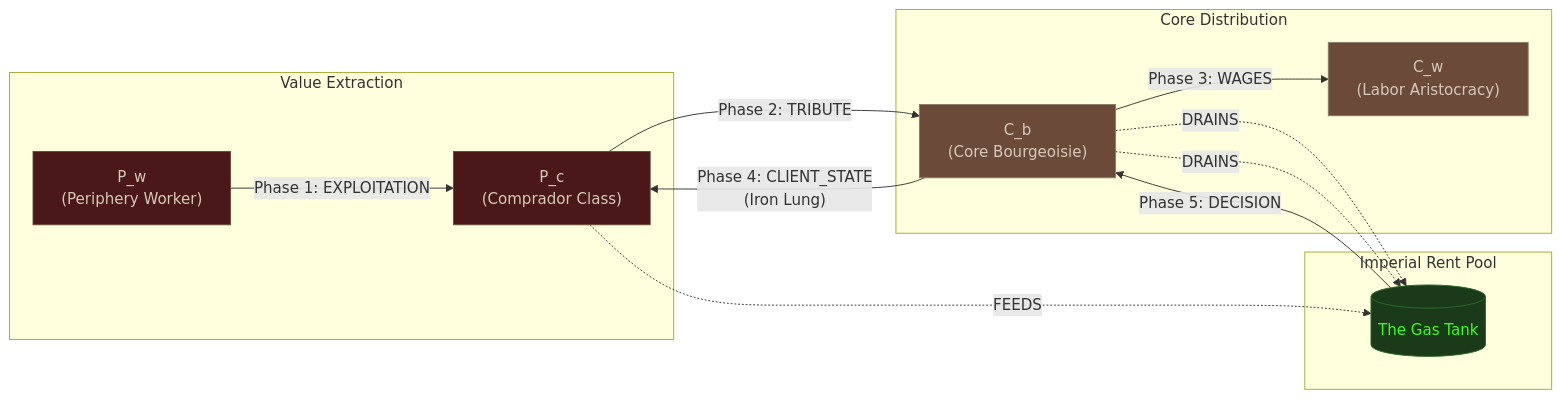
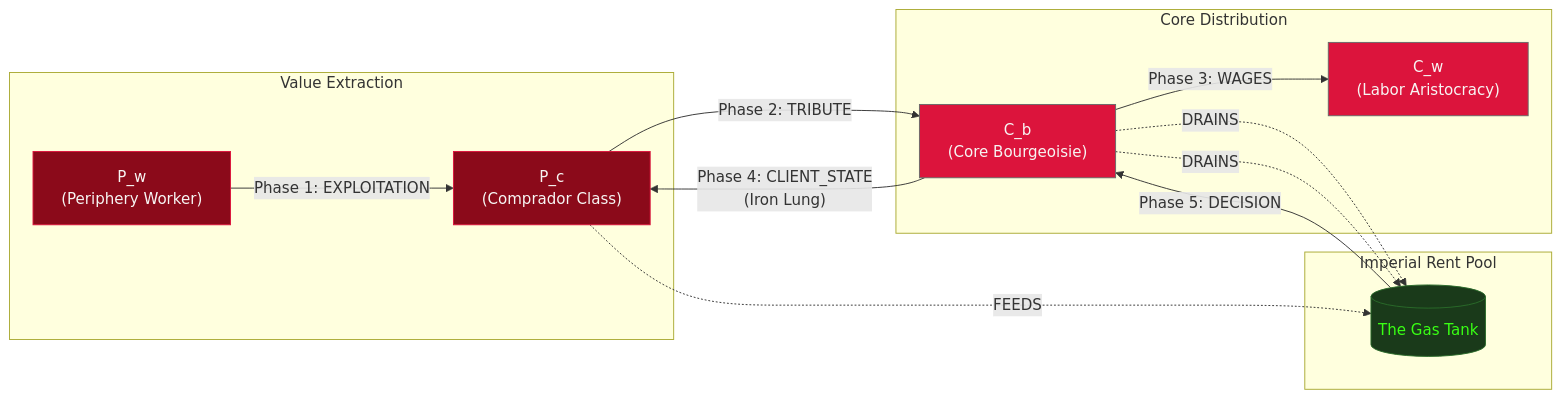
One commit to percy-raskova/babylon changed the diagram in docs/reference/systems.rst. Above: the diagram before and after it, drawn with Mermaid. The commit also changed 7 other files, not shown here.

First line of the commit message:
style(docs): replace Necropolis Codex theme with Luxe Gothic palette

```diff
--- a/docs/reference/systems.rst
+++ b/docs/reference/systems.rst
@@ -288,34 +288,34 @@
 .. mermaid::
 
    flowchart LR
        subgraph extraction["Value Extraction"]
            P_w["P_w<br/>(Periphery Worker)"]
            P_c["P_c<br/>(Comprador Class)"]
        end
 
        subgraph core["Core Distribution"]
            C_b["C_b<br/>(Core Bourgeoisie)"]
            C_w["C_w<br/>(Labor Aristocracy)"]
        end
 
        subgraph pool["Imperial Rent Pool"]
            POOL[("The Gas Tank")]
        end
 
        P_w -->|"Phase 1: EXPLOITATION"| P_c
        P_c -->|"Phase 2: TRIBUTE"| C_b
        P_c -.->|"FEEDS"| POOL
        C_b -->|"Phase 3: WAGES"| C_w
        C_b -.->|"DRAINS"| POOL
        C_b -->|"Phase 4: CLIENT_STATE<br/>(Iron Lung)"| P_c
        C_b -.->|"DRAINS"| POOL
        POOL -->|"Phase 5: DECISION"| C_b
 
-   %% Necropolis Codex styling
-   classDef periphery fill:#4A1818,stroke:#6B4A3A,color:#D4C9B8
-   classDef core fill:#6B4A3A,stroke:#8B7B6B,color:#D4C9B8
+   %% Luxe Gothic styling
+   classDef periphery fill:#8B0A1A,stroke:#DC143C,color:#F7F5F3
+   classDef core fill:#DC143C,stroke:#696969,color:#F7F5F3
    classDef pool fill:#1A3A1A,stroke:#2A6B2A,color:#39FF14
 
    class P_w,P_c periphery
    class C_b,C_w core
    class POOL pool
```
